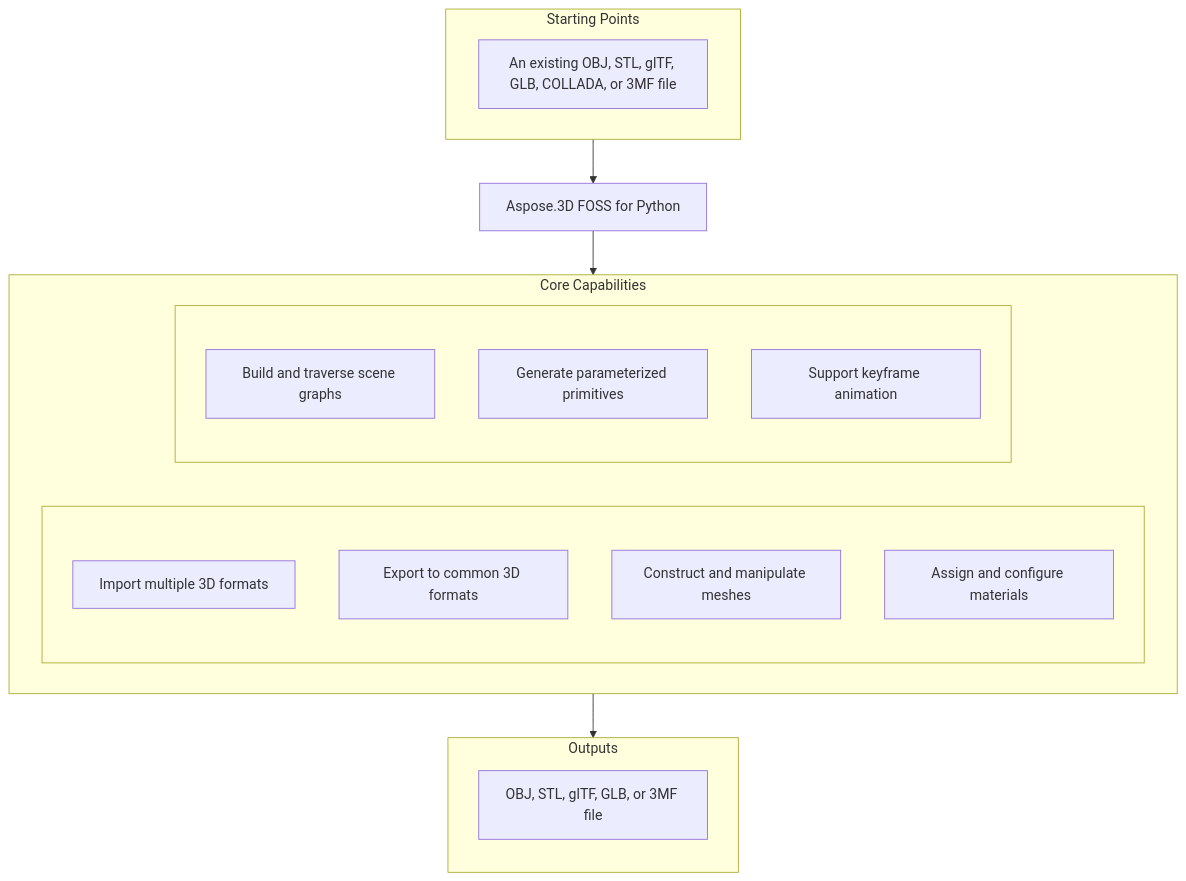
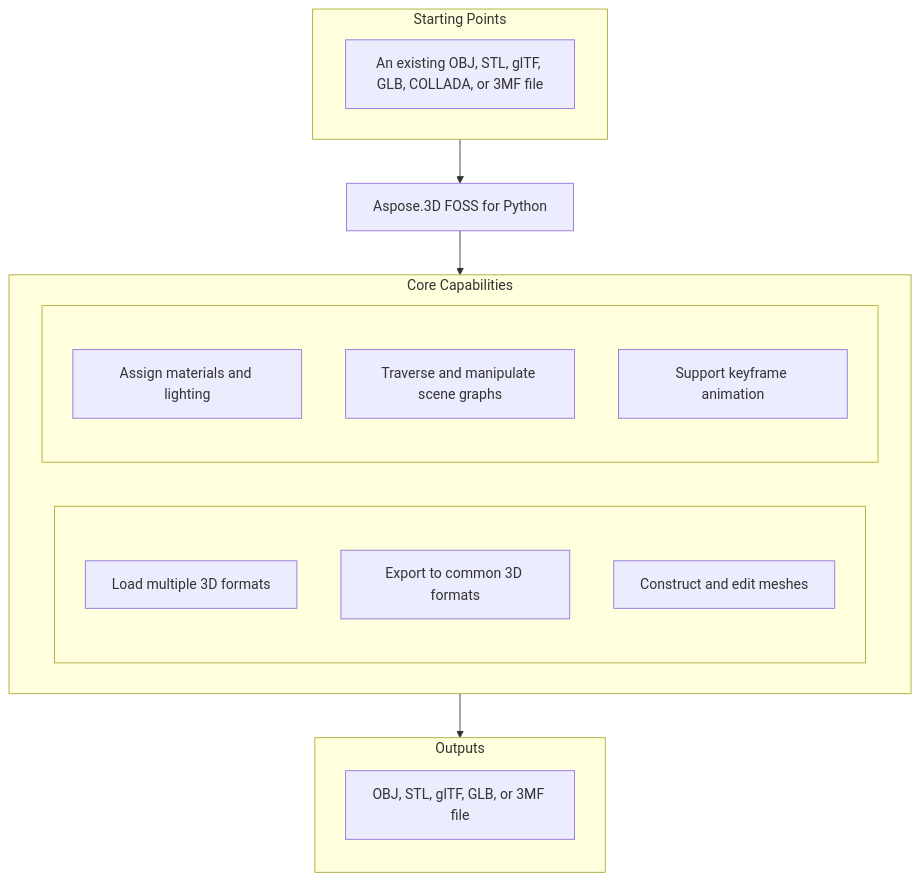
Before and after one commit to babar-raza/repository-presenter: the diagram in candidates/aspose-3d-foss__Aspose.3D-FOSS-for-Python/65b1f577c0f16d0d9112bb6c1153d3024543ac02/README.md, drawn with Mermaid. The commit also changed other lines of this file and 15 other files, not shown here.

````diff
--- a/candidates/aspose-3d-foss__Aspose.3D-FOSS-for-Python/65b1f577c0f16d0d9112bb6c1153d3024543ac02/README.md
+++ b/candidates/aspose-3d-foss__Aspose.3D-FOSS-for-Python/65b1f577c0f16d0d9112bb6c1153d3024543ac02/README.md
@@ -25,29 +25,28 @@
 ```mermaid
 flowchart TD
   subgraph StartingPoints["Starting Points"]
     direction LR
     i1["An existing OBJ, STL, glTF, GLB, COLLADA, or 3MF file"]
   end
   PRODUCT["Aspose.3D FOSS for Python"]
   subgraph Capabilities["Core Capabilities"]
     direction LR
     subgraph capl[" "]
       direction TB
-      c1["Import multiple 3D formats"]
+      c1["Load multiple 3D formats"]
       c2["Export to common 3D formats"]
-      c3["Construct and manipulate meshes"]
-      c4["Assign and configure materials"]
+      c3["Construct and edit meshes"]
     end
     subgraph capr[" "]
       direction TB
-      c5["Build and traverse scene graphs"]
-      c6["Generate parameterized primitives"]
-      c7["Support keyframe animation"]
+      c4["Assign materials and lighting"]
+      c5["Traverse and manipulate scene graphs"]
+      c6["Support keyframe animation"]
     end
   end
   subgraph Outputs["Outputs"]
     direction TB
     o1["OBJ, STL, glTF, GLB, or 3MF file"]
   end
   StartingPoints --> PRODUCT --> Capabilities --> Outputs
 ```
````
